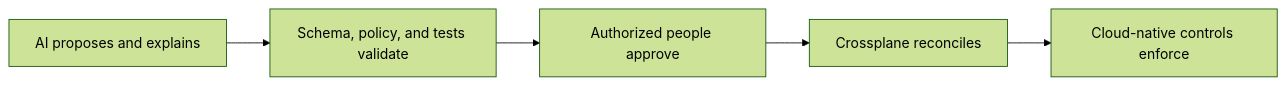
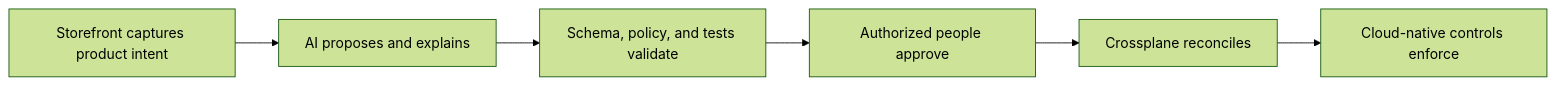
One commit to SAABOLImpactVenture/ai-powered-infrastructure-as-a-product changed the second of 5 diagrams in README.md. Above: the diagram before and after it, drawn with Mermaid (forest theme). The commit also changed other lines of this file and 3 other files, not shown here.

First line of the commit message:
Add Backstage as the bounded infrastructure-product storefront (#97)

````diff
--- a/README.md
+++ b/README.md
@@ -64,7 +79,8 @@
 ```mermaid
 flowchart LR
-  A[AI proposes and explains] --> D[Schema, policy, and tests validate]
+  S[Storefront captures product intent] --> A[AI proposes and explains]
+  A --> D[Schema, policy, and tests validate]
   D --> H[Authorized people approve]
   H --> X[Crossplane reconciles]
   X --> C[Cloud-native controls enforce]
 ```
````
